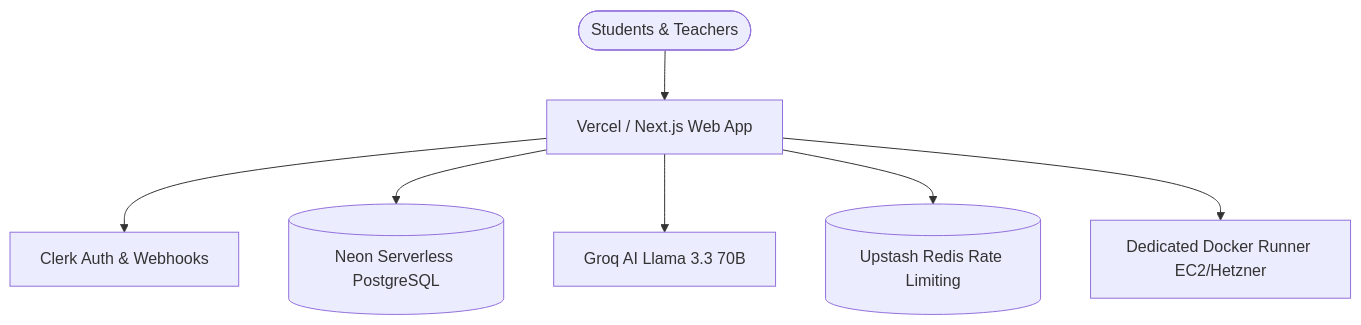
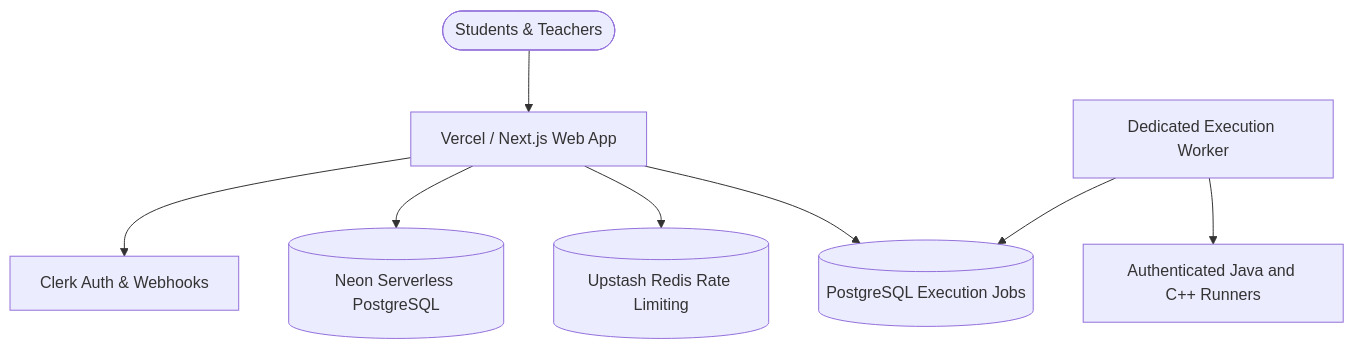
One commit to Tanishk1989/Labrix changed the diagram in documentation/PRODUCTION_DEPLOYMENT_GUIDE.md. Above: the diagram before and after it, drawn with Mermaid. The commit also changed other lines of this file and 73 other files, not shown here.

Commit message:
Harden production flows and add reliable professor demo

````diff
--- a/documentation/PRODUCTION_DEPLOYMENT_GUIDE.md
+++ b/documentation/PRODUCTION_DEPLOYMENT_GUIDE.md
@@ -9,9 +11,10 @@
 ```mermaid
 flowchart TD
     User([Students & Teachers]) --> Vercel[Vercel / Next.js Web App]
     Vercel --> Clerk[Clerk Auth & Webhooks]
     Vercel --> Neon[(Neon Serverless PostgreSQL)]
-    Vercel --> Groq[Groq AI Llama 3.3 70B]
     Vercel --> Upstash[(Upstash Redis Rate Limiting)]
-    Vercel --> RunnerWorker[Dedicated Docker Runner EC2/Hetzner]
+    Vercel --> Queue[(PostgreSQL Execution Jobs)]
+    Worker[Dedicated Execution Worker] --> Queue
+    Worker --> Runner[Authenticated Java and C++ Runners]
 ```
````
